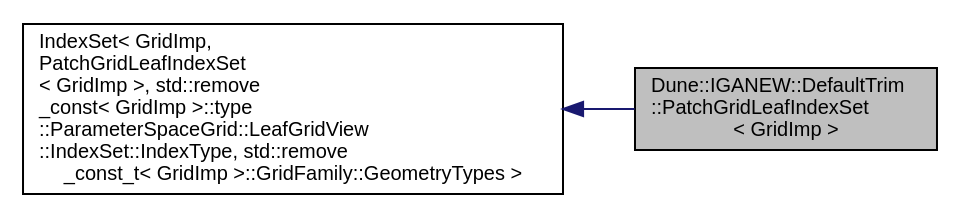
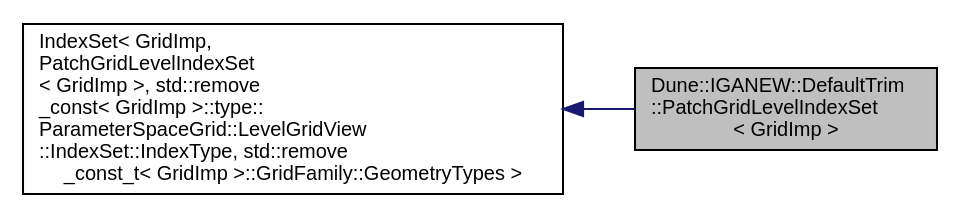
One commit to rath3t/dune-iga-doc changed the diagram in da/da6/a01522.dot. Above: the diagram before and after it, drawn with Graphviz. The commit also changed 1308 other files, not shown here.

```diff
--- a/da/da6/a01522.dot
+++ b/da/da6/a01522.dot
@@ -1,10 +1,10 @@
-digraph "Dune::IGANEW::DefaultTrim::PatchGridLeafIndexSet&lt; GridImp &gt;"
+digraph "Dune::IGANEW::DefaultTrim::PatchGridLevelIndexSet&lt; GridImp &gt;"
 {
  // LATEX_PDF_SIZE
   edge [fontname="Helvetica",fontsize="10",labelfontname="Helvetica",labelfontsize="10"];
   node [fontname="Helvetica",fontsize="10",shape=record];
   rankdir="LR";
-  Node1 [label="Dune::IGANEW::DefaultTrim\l::PatchGridLeafIndexSet\l\< GridImp \>",height=0.2,width=0.4,color="black", fillcolor="grey75", style="filled", fontcolor="black",tooltip=" "];
+  Node1 [label="Dune::IGANEW::DefaultTrim\l::PatchGridLevelIndexSet\l\< GridImp \>",height=0.2,width=0.4,color="black", fillcolor="grey75", style="filled", fontcolor="black",tooltip=" "];
   Node2 -> Node1 [dir="back",color="midnightblue",fontsize="10",style="solid",fontname="Helvetica"];
-  Node2 [label="IndexSet\< GridImp,\l PatchGridLeafIndexSet\l\< GridImp \>, std::remove\l_const\< GridImp \>::type\l::ParameterSpaceGrid::LeafGridView\l::IndexSet::IndexType, std::remove\l_const_t\< GridImp \>::GridFamily::GeometryTypes \>",height=0.2,width=0.4,color="black", fillcolor="white", style="filled",tooltip=" "];
+  Node2 [label="IndexSet\< GridImp,\l PatchGridLevelIndexSet\l\< GridImp \>, std::remove\l_const\< GridImp \>::type::\lParameterSpaceGrid::LevelGridView\l::IndexSet::IndexType, std::remove\l_const_t\< GridImp \>::GridFamily::GeometryTypes \>",height=0.2,width=0.4,color="black", fillcolor="white", style="filled",tooltip=" "];
 }
```
